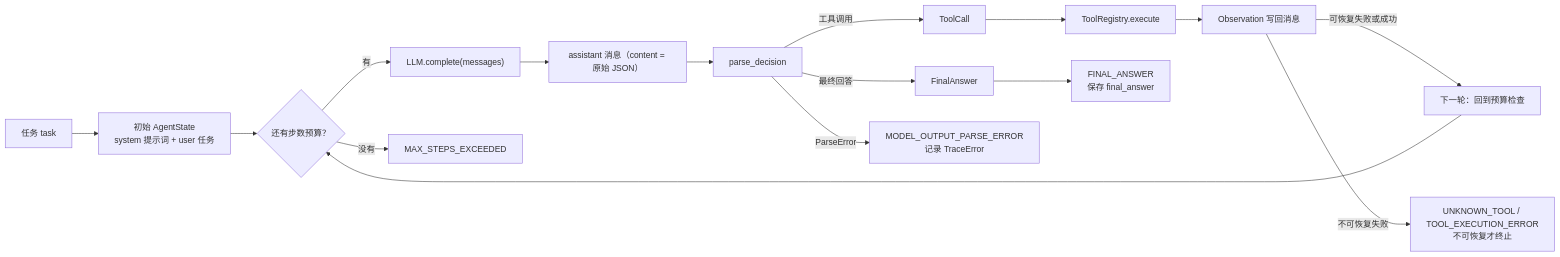
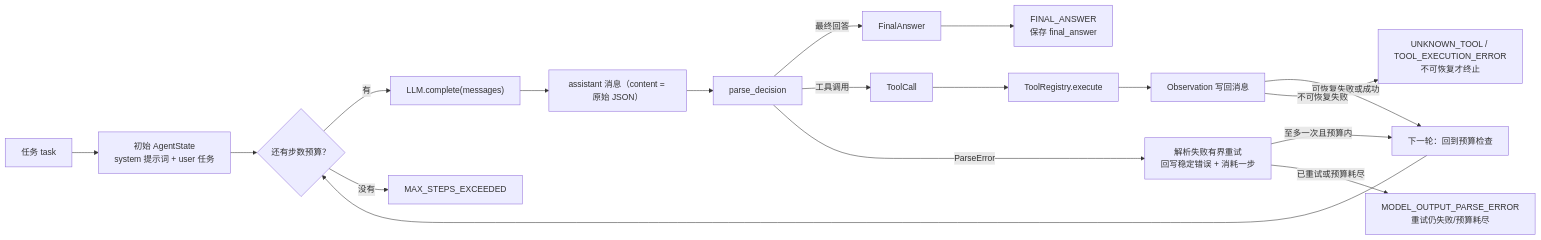
One commit to fufufu11/Self-ReAct changed the first of 3 diagrams in docs/architecture/day-12-agent-loop-code-walkthrough.md. Above: the diagram before and after it, drawn with Mermaid. The commit also changed other lines of this file and 5 other files, not shown here.

````diff
--- a/docs/architecture/day-12-agent-loop-code-walkthrough.md
+++ b/docs/architecture/day-12-agent-loop-code-walkthrough.md
@@ -30,29 +34,32 @@
 ```mermaid
 flowchart LR
     Task["任务 task"]
     State0["初始 AgentState<br/>system 提示词 + user 任务"]
     Budget{"还有步数预算？"}
     LLM["LLM.complete(messages)"]
     Raw["assistant 消息（content = 原始 JSON）"]
     Parser["parse_decision"]
     Final["FinalAnswer"]
     Tool["ToolCall"]
     Reg["ToolRegistry.execute"]
     Obs["Observation 写回消息"]
     EndOk["FINAL_ANSWER<br/>保存 final_answer"]
-    ErrParse["MODEL_OUTPUT_PARSE_ERROR<br/>记录 TraceError"]
+    ErrParse["MODEL_OUTPUT_PARSE_ERROR<br/>重试仍失败/预算耗尽"]
+    Retry["解析失败有界重试<br/>回写稳定错误 + 消耗一步"]
     ErrTool["UNKNOWN_TOOL / TOOL_EXECUTION_ERROR<br/>不可恢复才终止"]
     EndBudget["MAX_STEPS_EXCEEDED"]
     Next["下一轮：回到预算检查"]
 
     Task --> State0 --> Budget
     Budget -->|"有"| LLM
     Budget -->|"没有"| EndBudget
     LLM --> Raw --> Parser
     Parser -->|"最终回答"| Final --> EndOk
     Parser -->|"工具调用"| Tool --> Reg --> Obs
     Obs -->|"可恢复失败或成功"| Next
     Obs -->|"不可恢复失败"| ErrTool
-    Parser -->|"ParseError"| ErrParse
+    Parser -->|"ParseError"| Retry
+    Retry -->|"至多一次且预算内"| Next
+    Retry -->|"已重试或预算耗尽"| ErrParse
     Next --> Budget
 ```
````
